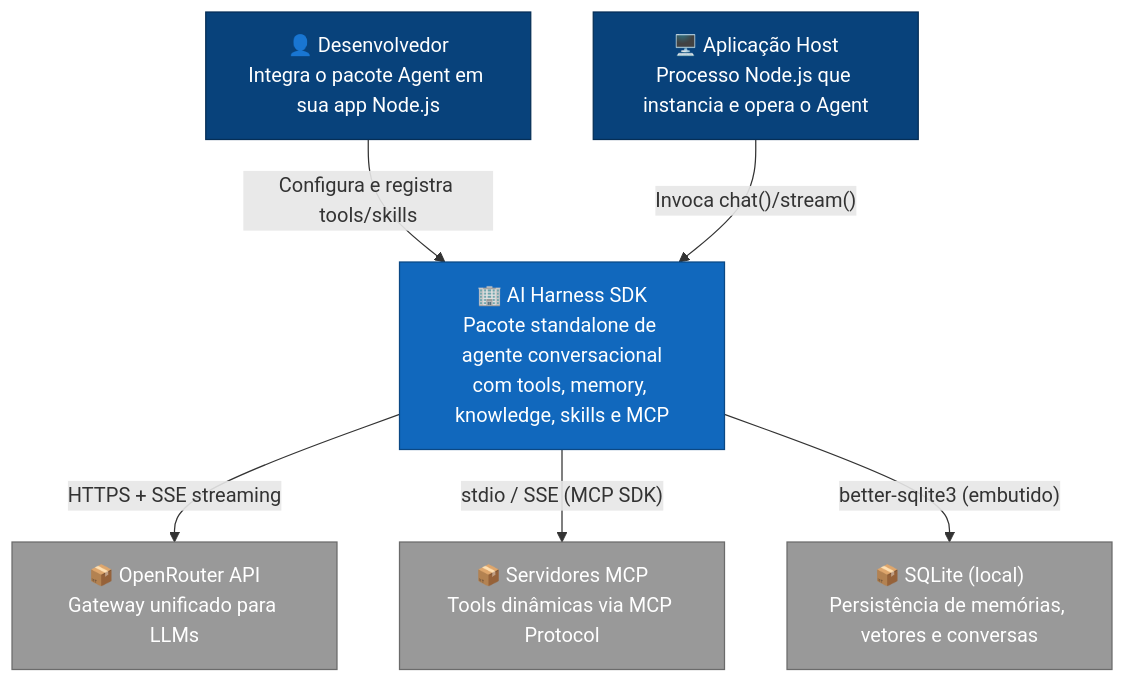
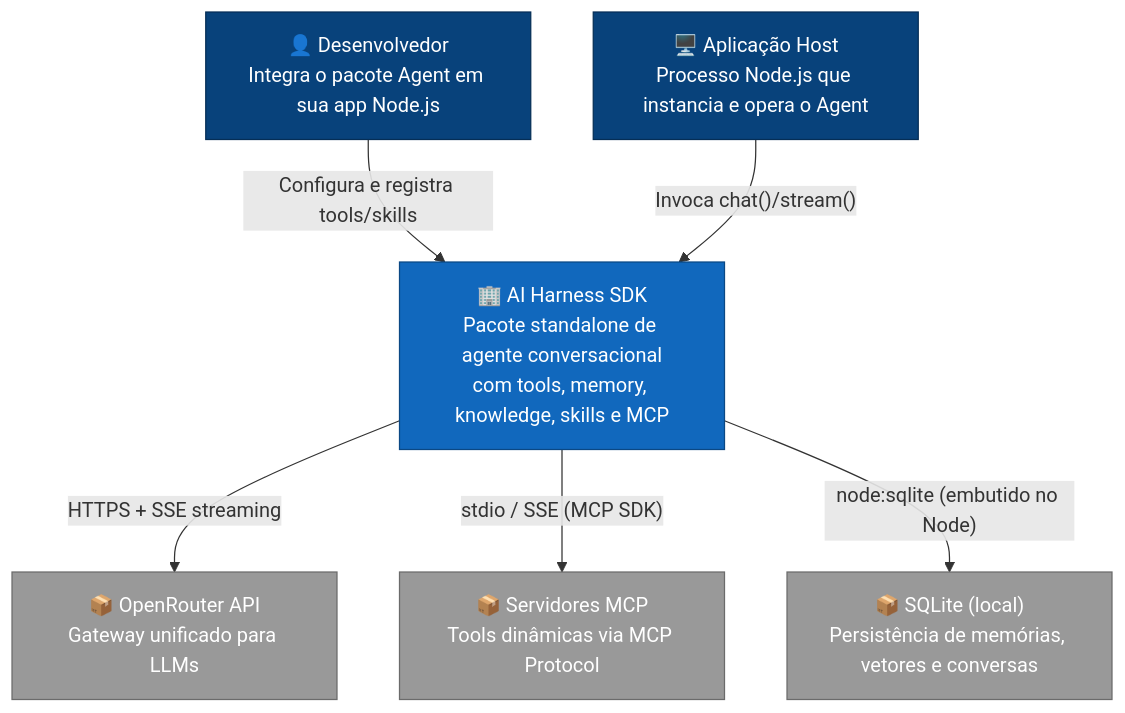
Before and after one commit to DouglasPrado/oinko: the diagram in docs/diagrams/context/system-context.mmd, drawn with Mermaid. The commit also changed 29 other files, not shown here.

```diff
--- a/docs/diagrams/context/system-context.mmd
+++ b/docs/diagrams/context/system-context.mmd
@@ -1,41 +1,41 @@
 %% C4 Nivel 1: Contexto do Sistema
 %% Mostra o sistema, seus atores e sistemas externos
 %% Referencia: docs/blueprint/00-context.md
 
 graph TB
     %% -------------------------------------------------------
     %% Atores (Personas)
     %% -------------------------------------------------------
     Dev["👤 Desenvolvedor<br/>Integra o pacote Agent em sua app Node.js"]
     HostApp["🖥️ Aplicação Host<br/>Processo Node.js que instancia e opera o Agent"]
 
     %% -------------------------------------------------------
     %% Sistema Central
     %% -------------------------------------------------------
     System["🏢 AI Harness SDK<br/>Pacote standalone de agente conversacional<br/>com tools, memory, knowledge, skills e MCP"]
 
     %% -------------------------------------------------------
     %% Sistemas Externos
     %% -------------------------------------------------------
     OpenRouter["📦 OpenRouter API<br/>Gateway unificado para LLMs"]
     MCP["📦 Servidores MCP<br/>Tools dinâmicas via MCP Protocol"]
     SQLite["📦 SQLite (local)<br/>Persistência de memórias, vetores e conversas"]
 
     %% -------------------------------------------------------
     %% Relacionamentos
     %% -------------------------------------------------------
     Dev -->|"Configura e registra tools/skills"| System
     HostApp -->|"Invoca chat()/stream()"| System
     System -->|"HTTPS + SSE streaming"| OpenRouter
     System -->|"stdio / SSE (MCP SDK)"| MCP
-    System -->|"better-sqlite3 (embutido)"| SQLite
+    System -->|"node:sqlite (embutido no Node)"| SQLite
 
     %% -------------------------------------------------------
     %% Estilos C4
     %% -------------------------------------------------------
     style System fill:#1168bd,stroke:#0b4884,color:#fff
     style Dev fill:#08427b,stroke:#052e56,color:#fff
     style HostApp fill:#08427b,stroke:#052e56,color:#fff
     style OpenRouter fill:#999999,stroke:#6b6b6b,color:#fff
     style MCP fill:#999999,stroke:#6b6b6b,color:#fff
     style SQLite fill:#999999,stroke:#6b6b6b,color:#fff
```
